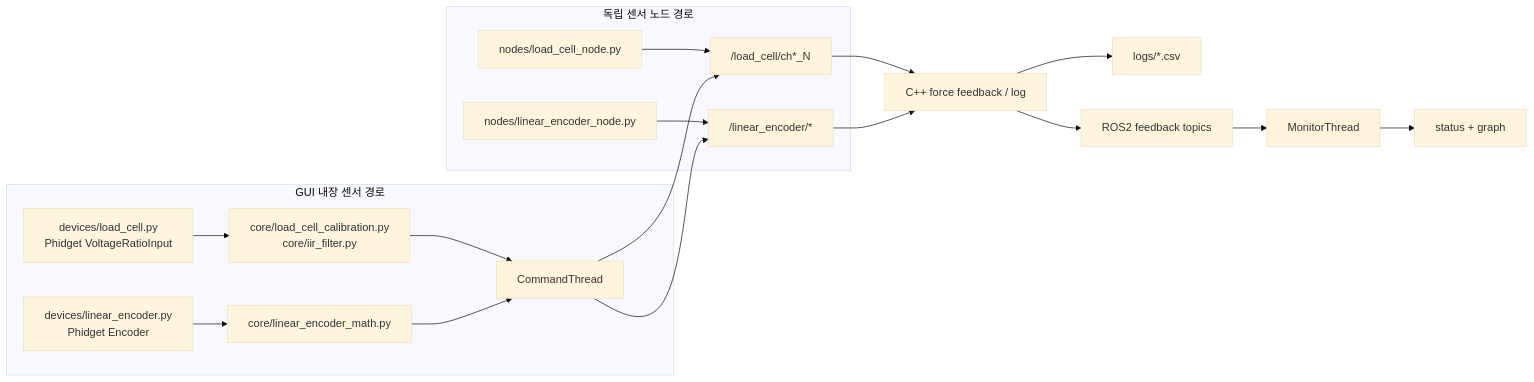
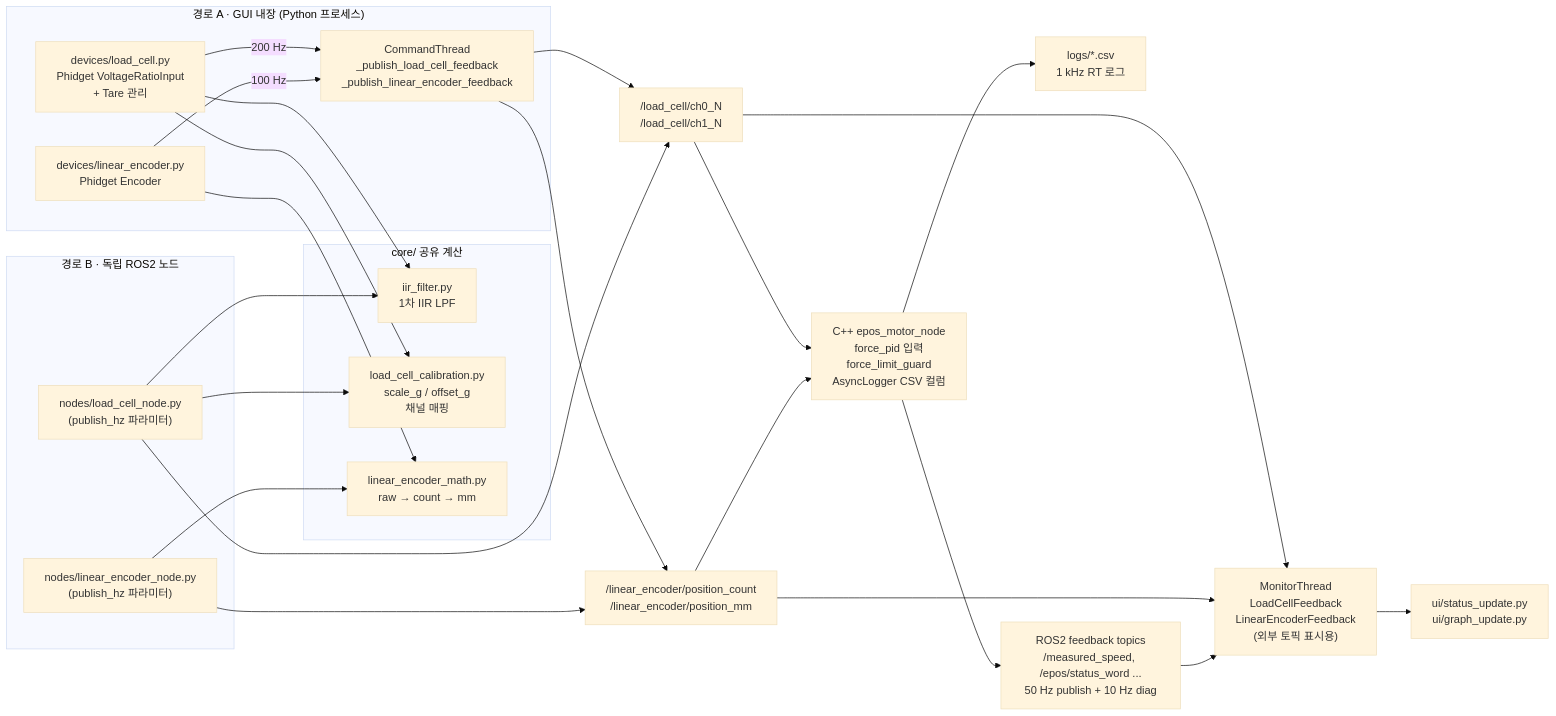
One commit to inlight37-design/motor_control changed the eighth of 8 diagrams in docs/architecture_map.md. Above: the diagram before and after it, drawn with Mermaid (base theme). The commit also changed other lines of this file and 1 other file, not shown here.

````diff
--- a/docs/architecture_map.md
+++ b/docs/architecture_map.md
@@ -291,23 +316,41 @@
 ```mermaid
 flowchart LR
-    subgraph GuiSensor["GUI 내장 센서 경로"]
-        LCDev["devices/load_cell.py<br/>Phidget VoltageRatioInput"] --> LCCalc["core/load_cell_calibration.py<br/>core/iir_filter.py"]
-        LEDev["devices/linear_encoder.py<br/>Phidget Encoder"] --> LECalc["core/linear_encoder_math.py"]
-        LCCalc --> Cmd["CommandThread"]
-        LECalc --> Cmd
+    subgraph SharedCalc["core/ 공유 계산"]
+        IIR["iir_filter.py<br/>1차 IIR LPF"]
+        LCCal["load_cell_calibration.py<br/>scale_g / offset_g<br/>채널 매핑"]
+        LEMath["linear_encoder_math.py<br/>raw → count → mm"]
     end
 
-    subgraph StandaloneNodes["독립 센서 노드 경로"]
-        LCNode["nodes/load_cell_node.py"] --> LCTopic["/load_cell/ch*_N"]
-        LENode["nodes/linear_encoder_node.py"] --> LETopic["/linear_encoder/*"]
+    subgraph GuiSensor["경로 A · GUI 내장 (Python 프로세스)"]
+        LCDev["devices/load_cell.py<br/>Phidget VoltageRatioInput<br/>+ Tare 관리"]
+        LEDev["devices/linear_encoder.py<br/>Phidget Encoder"]
+        LCDev --> IIR
+        LCDev --> LCCal
+        LEDev --> LEMath
+        LCDev -->|200 Hz| Cmd["CommandThread<br/>_publish_load_cell_feedback<br/>_publish_linear_encoder_feedback"]
+        LEDev -->|100 Hz| Cmd
     end
 
-    Cmd --> LCTopic
-    Cmd --> LETopic
-    LCTopic --> Cpp["C++ force feedback / log"]
+    subgraph StandaloneNodes["경로 B · 독립 ROS2 노드"]
+        LCNode["nodes/load_cell_node.py<br/>(publish_hz 파라미터)"]
+        LENode["nodes/linear_encoder_node.py<br/>(publish_hz 파라미터)"]
+        LCNode --> IIR
+        LCNode --> LCCal
+        LENode --> LEMath
+    end
+
+    Cmd --> LCTopic["/load_cell/ch0_N<br/>/load_cell/ch1_N"]
+    Cmd --> LETopic["/linear_encoder/position_count<br/>/linear_encoder/position_mm"]
+    LCNode --> LCTopic
+    LENode --> LETopic
+
+    LCTopic --> Cpp["C++ epos_motor_node<br/>force_pid 입력<br/>force_limit_guard<br/>AsyncLogger CSV 컬럼"]
     LETopic --> Cpp
-    Cpp --> Csv["logs/*.csv"]
-    Cpp --> Feedback["ROS2 feedback topics"]
-    Feedback --> Monitor["MonitorThread"]
-    Monitor --> Ui["status + graph"]
+    LCTopic --> Monitor["MonitorThread<br/>LoadCellFeedback<br/>LinearEncoderFeedback<br/>(외부 토픽 표시용)"]
+    LETopic --> Monitor
+
+    Cpp --> Csv["logs/*.csv<br/>1 kHz RT 로그"]
+    Cpp --> Feedback["ROS2 feedback topics<br/>/measured_speed, /epos/status_word ...<br/>50 Hz publish + 10 Hz diag"]
+    Feedback --> Monitor
+    Monitor --> Ui["ui/status_update.py<br/>ui/graph_update.py"]
 ```
````
